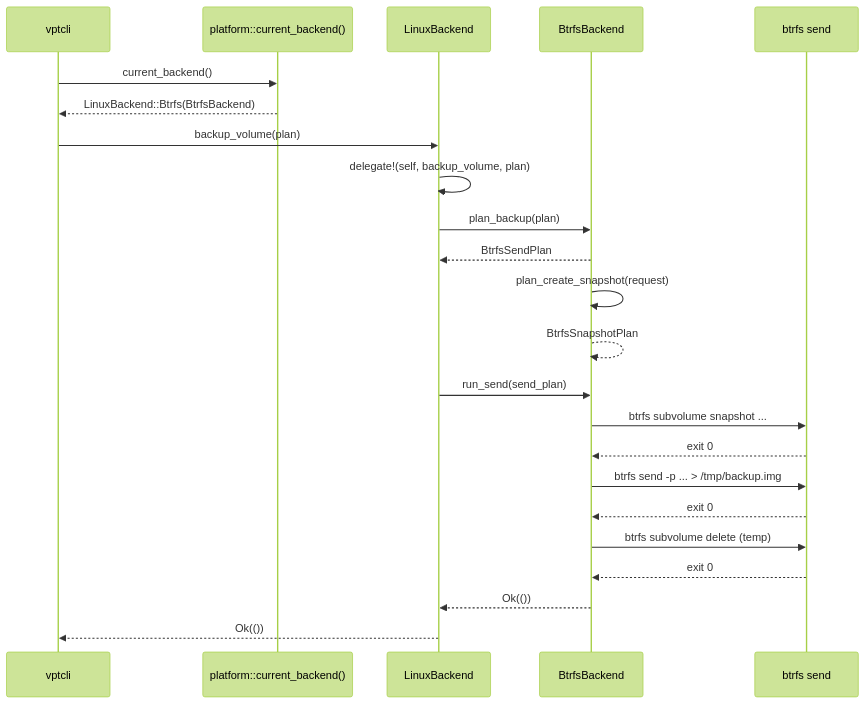
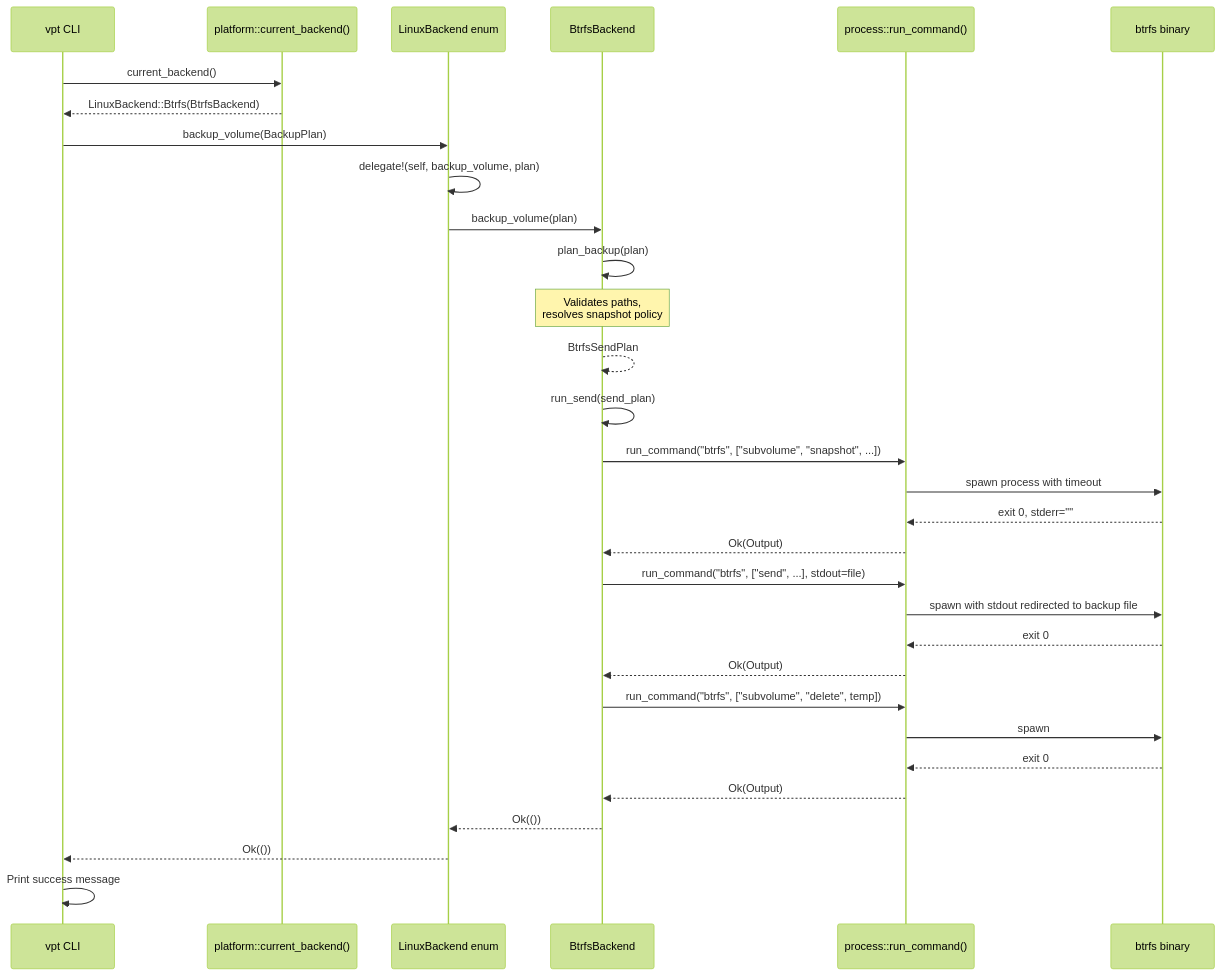
Before and after one commit to XUranus/vpt-rs: the sixth of 6 diagrams in wiki/docs/concepts/architecture.md, drawn with Mermaid (forest theme). The commit also changed other lines of this file and 52 other files, not shown here.

First line of the commit message:
Enhance wiki: mermaid rendering, detailed content, i18n (zh-Hans)

````diff
--- a/wiki/docs/concepts/architecture.md
+++ b/wiki/docs/concepts/architecture.md
@@ -227,26 +383,34 @@
 ```mermaid
 sequenceDiagram
-    participant CLI as vptcli
+    participant CLI as vpt CLI
     participant Platform as platform::current_backend()
-    participant Backend as LinuxBackend
+    participant Backend as LinuxBackend enum
     participant Btrfs as BtrfsBackend
-    participant Shell as btrfs send
+    participant Process as process::run_command()
+    participant Shell as btrfs binary
 
     CLI->>Platform: current_backend()
     Platform-->>CLI: LinuxBackend::Btrfs(BtrfsBackend)
-    CLI->>Backend: backup_volume(plan)
+    CLI->>Backend: backup_volume(BackupPlan)
     Backend->>Backend: delegate!(self, backup_volume, plan)
-    Backend->>Btrfs: plan_backup(plan)
-    Btrfs-->>Backend: BtrfsSendPlan
-    Btrfs->>Btrfs: plan_create_snapshot(request)
-    Btrfs-->>Btrfs: BtrfsSnapshotPlan
-    Backend->>Btrfs: run_send(send_plan)
-    Btrfs->>Shell: btrfs subvolume snapshot ...
-    Shell-->>Btrfs: exit 0
-    Btrfs->>Shell: btrfs send -p ... > /tmp/backup.img
-    Shell-->>Btrfs: exit 0
-    Btrfs->>Shell: btrfs subvolume delete (temp)
-    Shell-->>Btrfs: exit 0
+    Backend->>Btrfs: backup_volume(plan)
+    Btrfs->>Btrfs: plan_backup(plan)
+    Note over Btrfs: Validates paths,<br/>resolves snapshot policy
+    Btrfs-->>Btrfs: BtrfsSendPlan
+    Btrfs->>Btrfs: run_send(send_plan)
+    Btrfs->>Process: run_command("btrfs", ["subvolume", "snapshot", ...])
+    Process->>Shell: spawn process with timeout
+    Shell-->>Process: exit 0, stderr=""
+    Process-->>Btrfs: Ok(Output)
+    Btrfs->>Process: run_command("btrfs", ["send", ...], stdout=file)
+    Process->>Shell: spawn with stdout redirected to backup file
+    Shell-->>Process: exit 0
+    Process-->>Btrfs: Ok(Output)
+    Btrfs->>Process: run_command("btrfs", ["subvolume", "delete", temp])
+    Process->>Shell: spawn
+    Shell-->>Process: exit 0
+    Process-->>Btrfs: Ok(Output)
     Btrfs-->>Backend: Ok(())
     Backend-->>CLI: Ok(())
+    CLI->>CLI: Print success message
 ```
````
